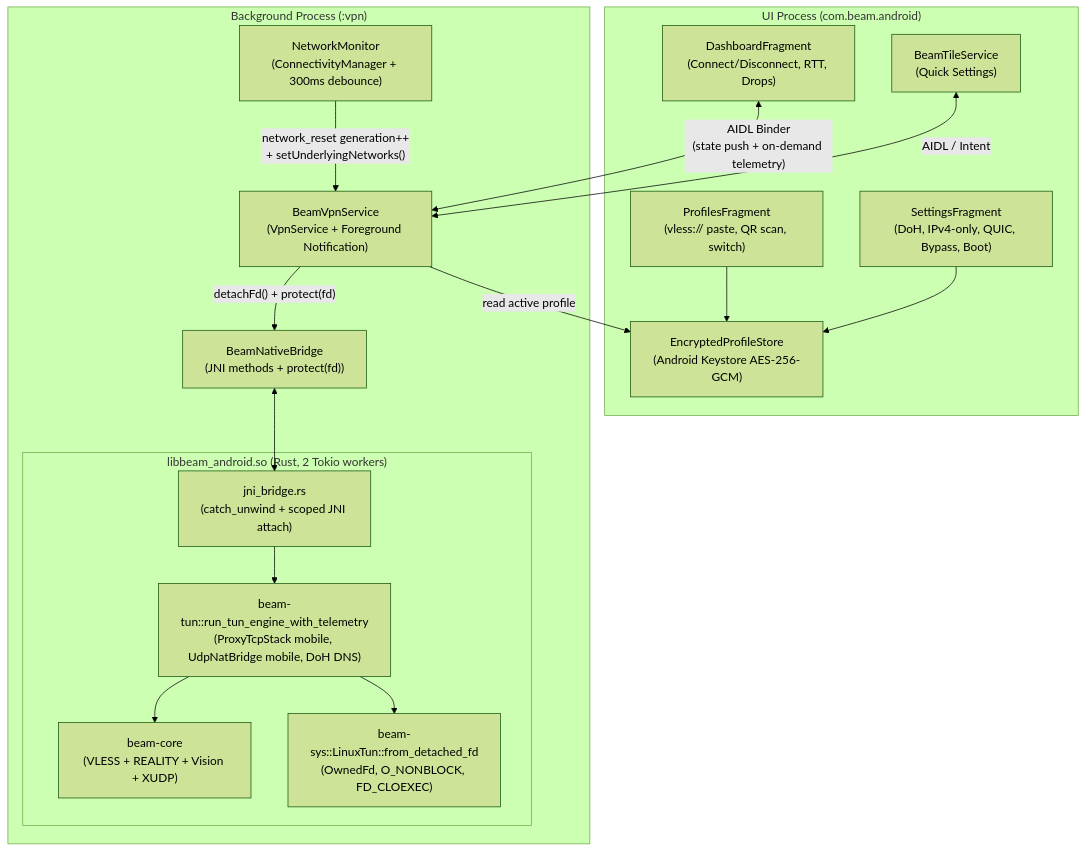
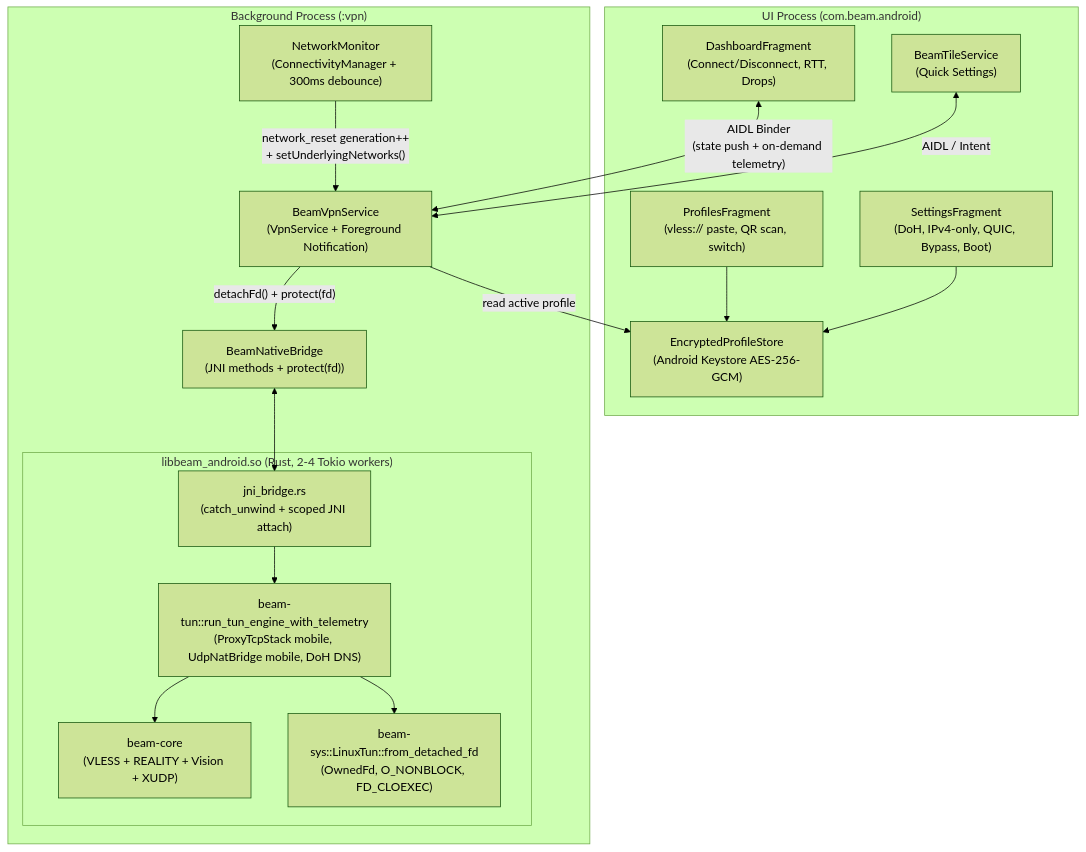
One commit to DemirSe/beam changed the first of 2 diagrams in docs/ANDROID-PLAN.md. Above: the diagram before and after it, drawn with Mermaid (forest theme). The commit also changed other lines of this file and 5 other files, not shown here.

````diff
--- a/docs/ANDROID-PLAN.md
+++ b/docs/ANDROID-PLAN.md
@@ -52,35 +52,35 @@
 ```mermaid
 flowchart TB
     subgraph UI["UI Process (com.beam.android)"]
         Dash["DashboardFragment\n(Connect/Disconnect, RTT, Drops)"]
         Prof["ProfilesFragment\n(vless:// paste, QR scan, switch)"]
         Sett["SettingsFragment\n(DoH, IPv4-only, QUIC, Bypass, Boot)"]
         Tile["BeamTileService\n(Quick Settings)"]
         Store["EncryptedProfileStore\n(Android Keystore AES-256-GCM)"]
     end
 
     subgraph VPN["Background Process (:vpn)"]
         Svc["BeamVpnService\n(VpnService + Foreground Notification)"]
         Net["NetworkMonitor\n(ConnectivityManager + 300ms debounce)"]
         JNI["BeamNativeBridge\n(JNI methods + protect(fd))"]
 
-        subgraph Rust["libbeam_android.so (Rust, 2 Tokio workers)"]
+        subgraph Rust["libbeam_android.so (Rust, 2-4 Tokio workers)"]
             Bridge["jni_bridge.rs\n(catch_unwind + scoped JNI attach)"]
             Engine["beam-tun::run_tun_engine_with_telemetry\n(ProxyTcpStack mobile, UdpNatBridge mobile, DoH DNS)"]
             Core["beam-core\n(VLESS + REALITY + Vision + XUDP)"]
             Sys["beam-sys::LinuxTun::from_detached_fd\n(OwnedFd, O_NONBLOCK, FD_CLOEXEC)"]
         end
     end
 
     Dash <-->|"AIDL Binder\n(state push + on-demand telemetry)"| Svc
     Tile <-->|"AIDL / Intent"| Svc
     Prof --> Store
     Sett --> Store
     Svc -->|"read active profile"| Store
     Net -->|"network_reset generation++\n+ setUnderlyingNetworks()"| Svc
     Svc -->|"detachFd() + protect(fd)"| JNI
     JNI <--> Bridge
     Bridge --> Engine
     Engine --> Core
     Engine --> Sys
 ```
````
